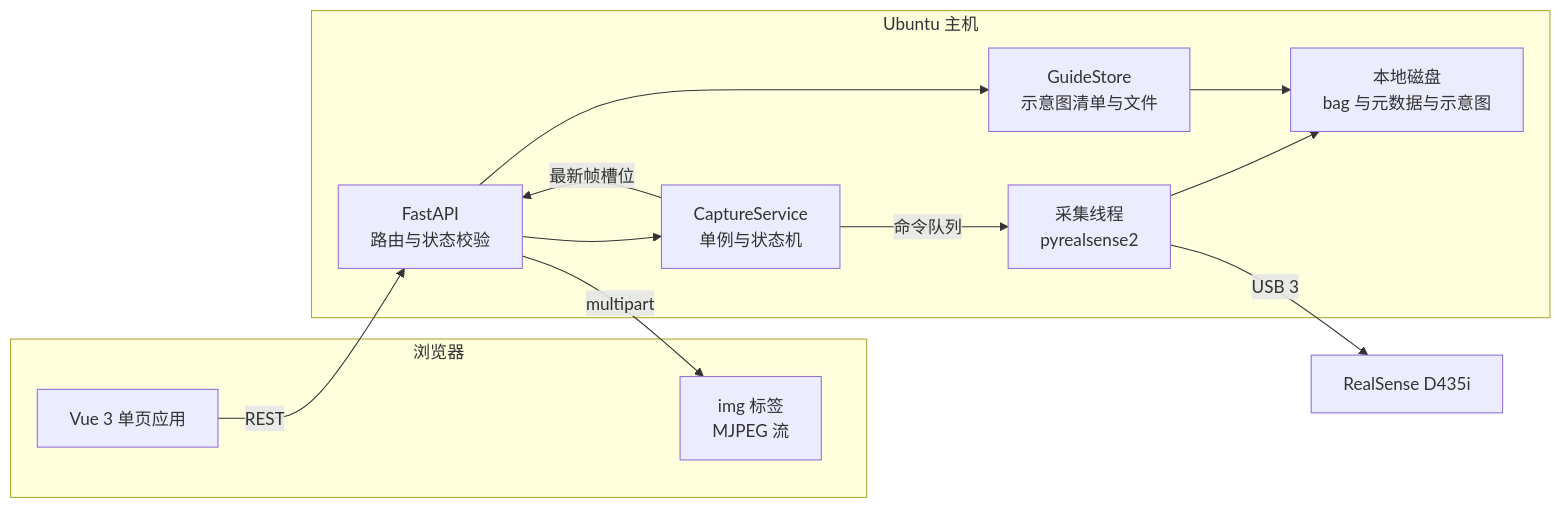
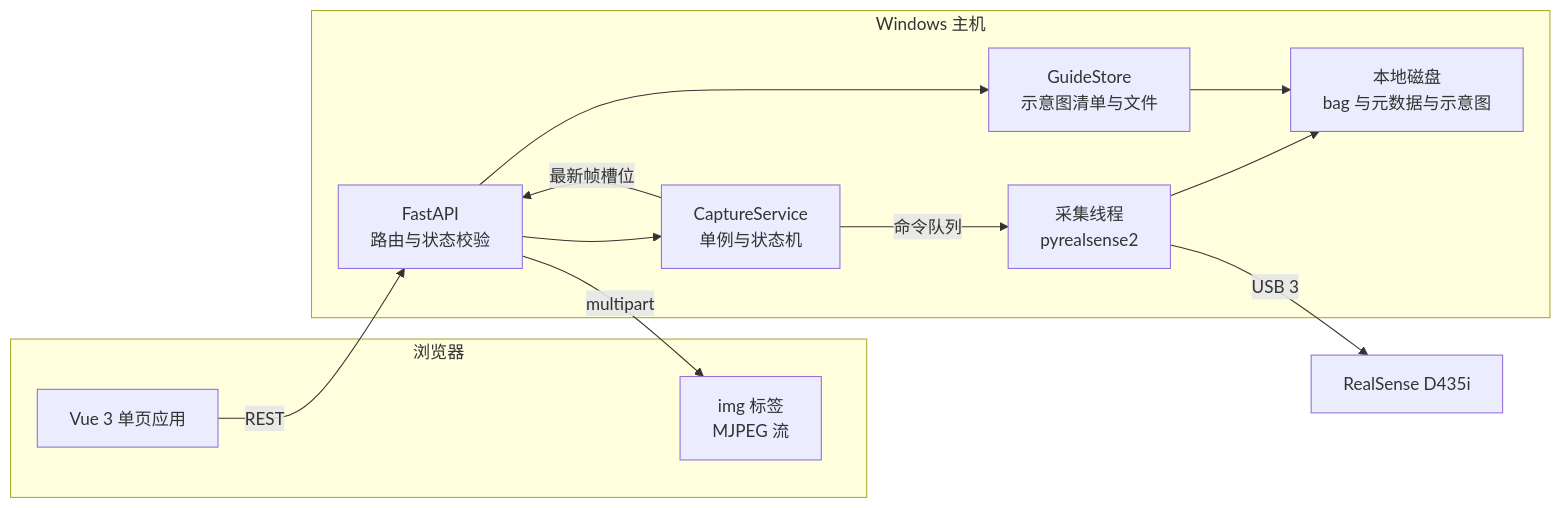
Before and after one commit to Chenhui7au/Realsense-DataCollector: the second of 3 diagrams in docs/DESIGN.md, drawn with Mermaid. The commit also changed other lines of this file and 30 other files, not shown here.

Commit message:
feat: stage diagrams configuration，完善图片和描述的配置

````diff
--- a/docs/DESIGN.md
+++ b/docs/DESIGN.md
@@ -173,26 +176,26 @@
 ```mermaid
 flowchart LR
     subgraph Browser["浏览器"]
         UI["Vue 3 单页应用"]
         IMG["img 标签<br/>MJPEG 流"]
     end
 
-    subgraph Host["Ubuntu 主机"]
+    subgraph Host["Windows 主机"]
         API["FastAPI<br/>路由与状态校验"]
         SVC["CaptureService<br/>单例与状态机"]
         GSTORE["GuideStore<br/>示意图清单与文件"]
         CAM["采集线程<br/>pyrealsense2"]
         LS["本地磁盘<br/>bag 与元数据与示意图"]
     end
 
     CAM -->|USB 3| D435I["RealSense D435i"]
 
     UI -->|REST| API
     API --> SVC
     API --> GSTORE
     SVC -->|命令队列| CAM
     SVC -->|最新帧槽位| API
     API -->|multipart| IMG
     CAM --> LS
     GSTORE --> LS
 ```
````
